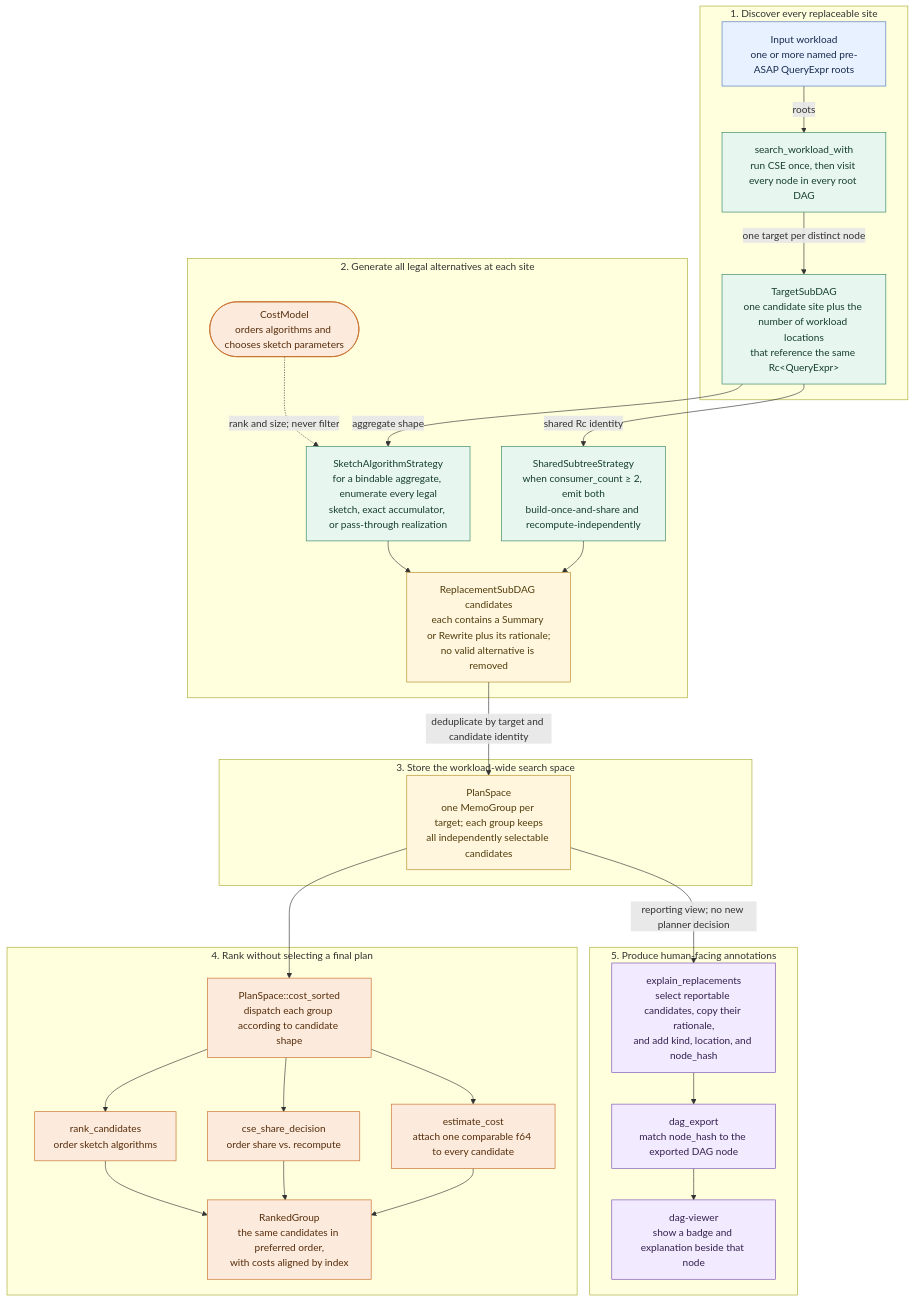
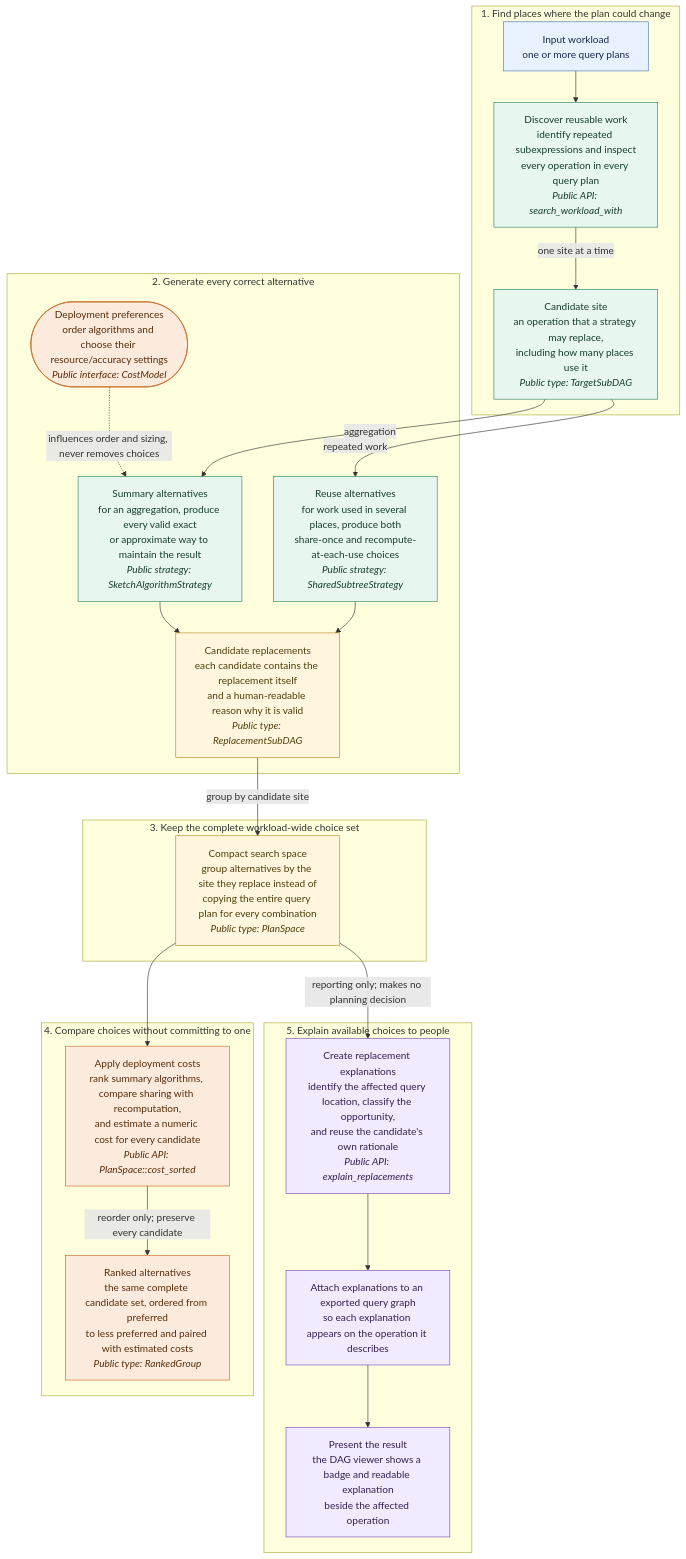
One commit to ProjectASAP/ASAPPlanner changed the first of 6 diagrams in docs/developer_docs/ASAP-aware-mapping-developer-guide.md. Above: the diagram before and after it, drawn with Mermaid. The commit also changed other lines of this file, not shown here.

Commit message:
docs(asap-aware-mapping): make flowcharts public and conceptual

````diff
--- a/docs/developer_docs/ASAP-aware-mapping-developer-guide.md
+++ b/docs/developer_docs/ASAP-aware-mapping-developer-guide.md
@@ -48,49 +48,43 @@
 ```mermaid
 flowchart TB
   classDef input fill:#e8f1ff,stroke:#4b78b8,color:#172b4d
   classDef generate fill:#e7f7ef,stroke:#31835e,color:#173f2d
   classDef store fill:#fff6dd,stroke:#b78922,color:#513d0c
   classDef choose fill:#fcebdc,stroke:#c46a25,color:#572d0c
   classDef report fill:#f2eafe,stroke:#7950b3,color:#34204f
 
-  subgraph DISCOVERY[1. Discover every replaceable site]
-    WL["Input workload<br/>one or more named pre-ASAP QueryExpr roots"]:::input
-    SEARCH["search_workload_with<br/>run CSE once, then visit every node in every root DAG"]:::generate
-    TARGET["TargetSubDAG<br/>one candidate site plus the number of workload locations<br/>that reference the same Rc&lt;QueryExpr&gt;"]:::generate
-    WL -->|"roots"| SEARCH -->|"one target per distinct node"| TARGET
+  subgraph DISCOVERY[1. Find places where the plan could change]
+    WL["Input workload<br/>one or more query plans"]:::input
+    SEARCH["Discover reusable work<br/>identify repeated subexpressions and inspect<br/>every operation in every query plan<br/><i>Public API: search_workload_with</i>"]:::generate
+    TARGET["Candidate site<br/>an operation that a strategy may replace,<br/>including how many places use it<br/><i>Public type: TargetSubDAG</i>"]:::generate
+    WL --> SEARCH -->|"one site at a time"| TARGET
   end
 
-  subgraph GENERATION[2. Generate all legal alternatives at each site]
-    SKETCH["SketchAlgorithmStrategy<br/>for a bindable aggregate, enumerate every legal<br/>sketch, exact accumulator, or pass-through realization"]:::generate
-    SHARED["SharedSubtreeStrategy<br/>when consumer_count ≥ 2, emit both<br/>build-once-and-share and recompute-independently"]:::generate
-    CAND["ReplacementSubDAG candidates<br/>each contains a Summary or Rewrite plus its rationale;<br/>no valid alternative is removed"]:::store
-    TARGET -->|"aggregate shape"| SKETCH --> CAND
-    TARGET -->|"shared Rc identity"| SHARED --> CAND
-    CM(["CostModel<br/>orders algorithms and chooses sketch parameters"]):::choose
-    CM -. "rank and size; never filter" .-> SKETCH
+  subgraph GENERATION[2. Generate every correct alternative]
+    SKETCH["Summary alternatives<br/>for an aggregation, produce every valid exact<br/>or approximate way to maintain the result<br/><i>Public strategy: SketchAlgorithmStrategy</i>"]:::generate
+    SHARED["Reuse alternatives<br/>for work used in several places, produce both<br/>share-once and recompute-at-each-use choices<br/><i>Public strategy: SharedSubtreeStrategy</i>"]:::generate
+    CAND["Candidate replacements<br/>each candidate contains the replacement itself<br/>and a human-readable reason why it is valid<br/><i>Public type: ReplacementSubDAG</i>"]:::store
+    TARGET -->|"aggregation"| SKETCH --> CAND
+    TARGET -->|"repeated work"| SHARED --> CAND
+    CM(["Deployment preferences<br/>order algorithms and choose their resource/accuracy settings<br/><i>Public interface: CostModel</i>"]):::choose
+    CM -. "influences order and sizing, never removes choices" .-> SKETCH
   end
 
-  subgraph SEARCHSPACE[3. Store the workload-wide search space]
-    MEMO["PlanSpace<br/>one MemoGroup per target; each group keeps<br/>all independently selectable candidates"]:::store
-    CAND -->|"deduplicate by target and candidate identity"| MEMO
+  subgraph SEARCHSPACE[3. Keep the complete workload-wide choice set]
+    MEMO["Compact search space<br/>group alternatives by the site they replace instead of<br/>copying the entire query plan for every combination<br/><i>Public type: PlanSpace</i>"]:::store
+    CAND -->|"group by candidate site"| MEMO
   end
 
-  subgraph RANKING[4. Rank without selecting a final plan]
-    SORT["PlanSpace::cost_sorted<br/>dispatch each group according to candidate shape"]:::choose
-    RANK["rank_candidates<br/>order sketch algorithms"]:::choose
-    CSE["cse_share_decision<br/>order share vs. recompute"]:::choose
-    COST["estimate_cost<br/>attach one comparable f64 to every candidate"]:::choose
-    GROUP["RankedGroup<br/>the same candidates in preferred order,<br/>with costs aligned by index"]:::choose
-    MEMO --> SORT
-    SORT --> RANK --> GROUP
-    SORT --> CSE --> GROUP
-    SORT --> COST --> GROUP
+  subgraph RANKING[4. Compare choices without committing to one]
+    SORT["Apply deployment costs<br/>rank summary algorithms, compare sharing with recomputation,<br/>and estimate a numeric cost for every candidate<br/><i>Public API: PlanSpace::cost_sorted</i>"]:::choose
+    GROUP["Ranked alternatives<br/>the same complete candidate set, ordered from preferred<br/>to less preferred and paired with estimated costs<br/><i>Public type: RankedGroup</i>"]:::choose
+    MEMO --> SORT -->|"reorder only; preserve every candidate"| GROUP
   end
 
-  subgraph REPORTING[5. Produce human-facing annotations]
-    EXPLAIN["explain_replacements<br/>select reportable candidates, copy their rationale,<br/>and add kind, location, and node_hash"]:::report
-    EXPORT["dag_export<br/>match node_hash to the exported DAG node"]:::report
-    VIEWER["dag-viewer<br/>show a badge and explanation beside that node"]:::report
-    MEMO -->|"reporting view; no new planner decision"| EXPLAIN --> EXPORT --> VIEWER
+  subgraph REPORTING[5. Explain available choices to people]
+    EXPLAIN["Create replacement explanations<br/>identify the affected query location, classify the opportunity,<br/>and reuse the candidate's own rationale<br/><i>Public API: explain_replacements</i>"]:::report
+    EXPORT["Attach explanations to an exported query graph<br/>so each explanation appears on the operation it describes"]:::report
+    VIEWER["Present the result<br/>the DAG viewer shows a badge and readable explanation<br/>beside the affected operation"]:::report
+    MEMO -->|"reporting only; makes no planning decision"| EXPLAIN --> EXPORT --> VIEWER
   end
 ```
````
